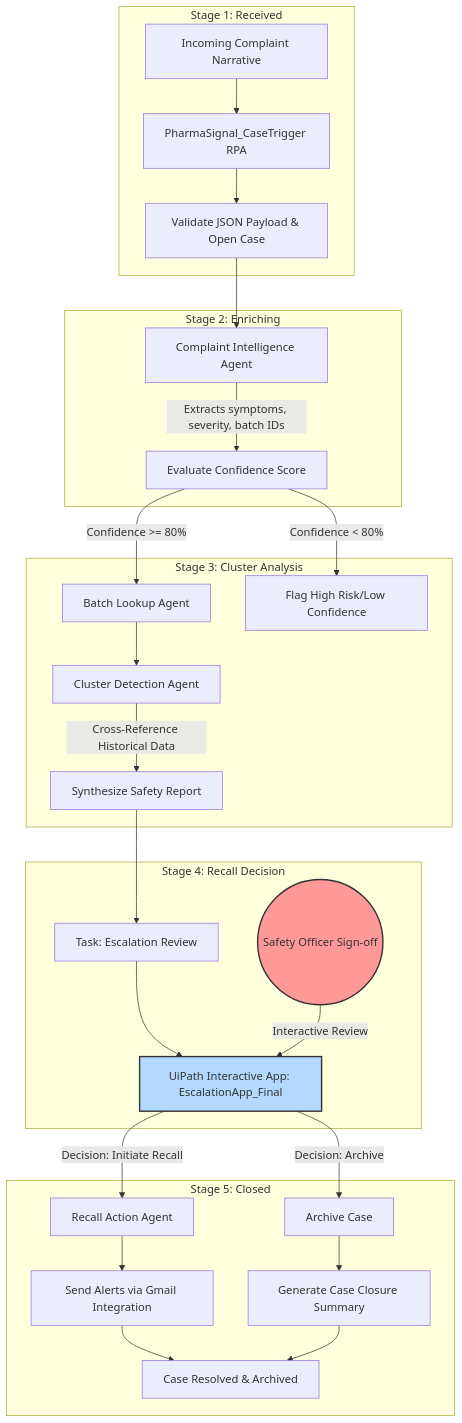
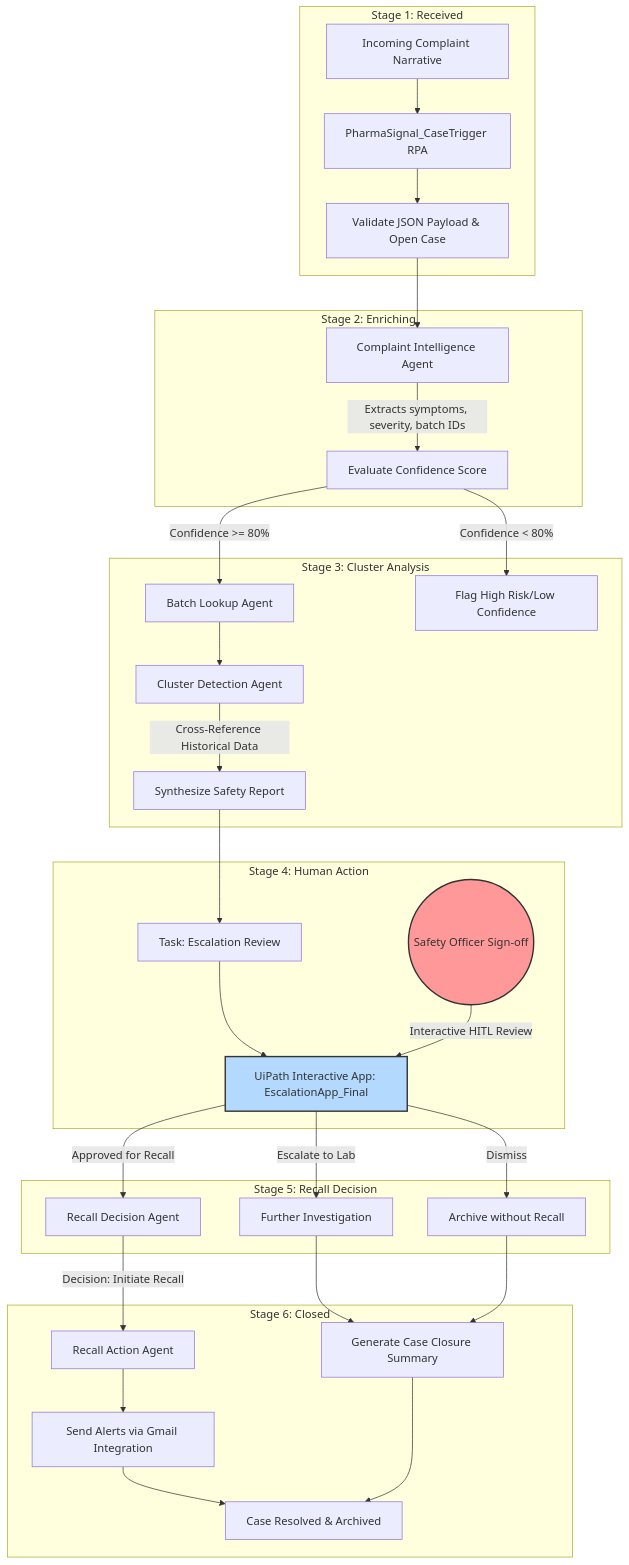
The diagram in README.md (pugalesan-pugal/PharmaTrac-AI), drawn with Mermaid before and after one commit. The commit also changed other lines of this file and 2 other files, not shown here.

First line of the commit message:
Update to 6 stages & 8 agents: add Human Action stage, RecallDecisionAgent, CaseClosureAgent

````diff
--- a/README.md
+++ b/README.md
@@ -33,37 +33,43 @@
 ```mermaid
 flowchart TD
     subgraph Stage 1: Received
         A[Incoming Complaint Narrative] --> B[PharmaSignal_CaseTrigger RPA]
         B --> C[Validate JSON Payload & Open Case]
     end
 
     subgraph Stage 2: Enriching
         C --> D[Complaint Intelligence Agent]
         D -->|Extracts symptoms, severity, batch IDs| E[Evaluate Confidence Score]
     end
 
     subgraph Stage 3: Cluster Analysis
         E -->|Confidence >= 80%| F[Batch Lookup Agent]
         E -->|Confidence < 80%| F_Esc[Flag High Risk/Low Confidence]
         F --> G[Cluster Detection Agent]
         G -->|Cross-Reference Historical Data| H[Synthesize Safety Report]
     end
 
-    subgraph Stage 4: Recall Decision
+    subgraph Stage 4: Human Action
         H --> I[Task: Escalation Review]
         I --> J[UiPath Interactive App: EscalationApp_Final]
-        K((Safety Officer Sign-off)) -->|Interactive Review| J
+        K((Safety Officer Sign-off)) -->|Interactive HITL Review| J
     end
 
-    subgraph Stage 5: Closed
-        J -->|Decision: Initiate Recall| L[Recall Action Agent]
-        J -->|Decision: Archive| M[Archive Case]
-        L --> N[Send Alerts via Gmail Integration]
-        M --> O[Generate Case Closure Summary]
-        N --> P[Case Resolved & Archived]
+    subgraph Stage 5: Recall Decision
+        J -->|Approved for Recall| L[Recall Decision Agent]
+        J -->|Escalate to Lab| L2[Further Investigation]
+        J -->|Dismiss| M_Skip[Archive without Recall]
+    end
+
+    subgraph Stage 6: Closed
+        L -->|Decision: Initiate Recall| N[Recall Action Agent]
+        L2 --> O[Generate Case Closure Summary]
+        M_Skip --> O
+        N --> Q[Send Alerts via Gmail Integration]
+        Q --> P[Case Resolved & Archived]
         O --> P
     end
 
     style K fill:#ff9999,stroke:#333,stroke-width:2px
     style J fill:#b3d9ff,stroke:#333,stroke-width:2px
 ```
````
